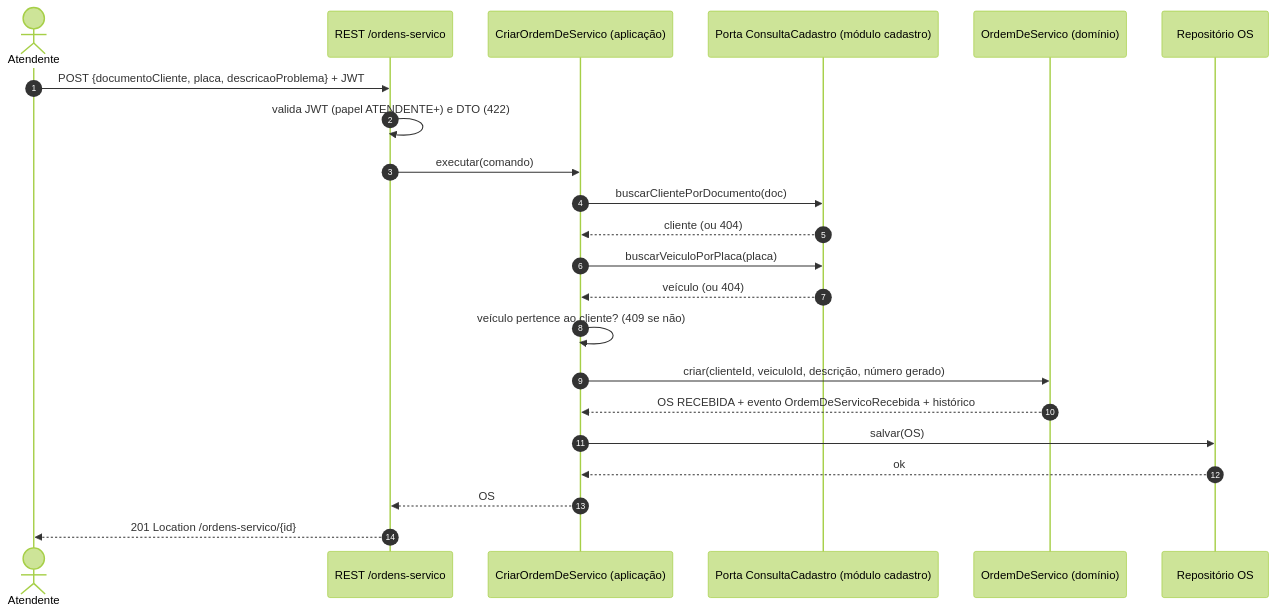
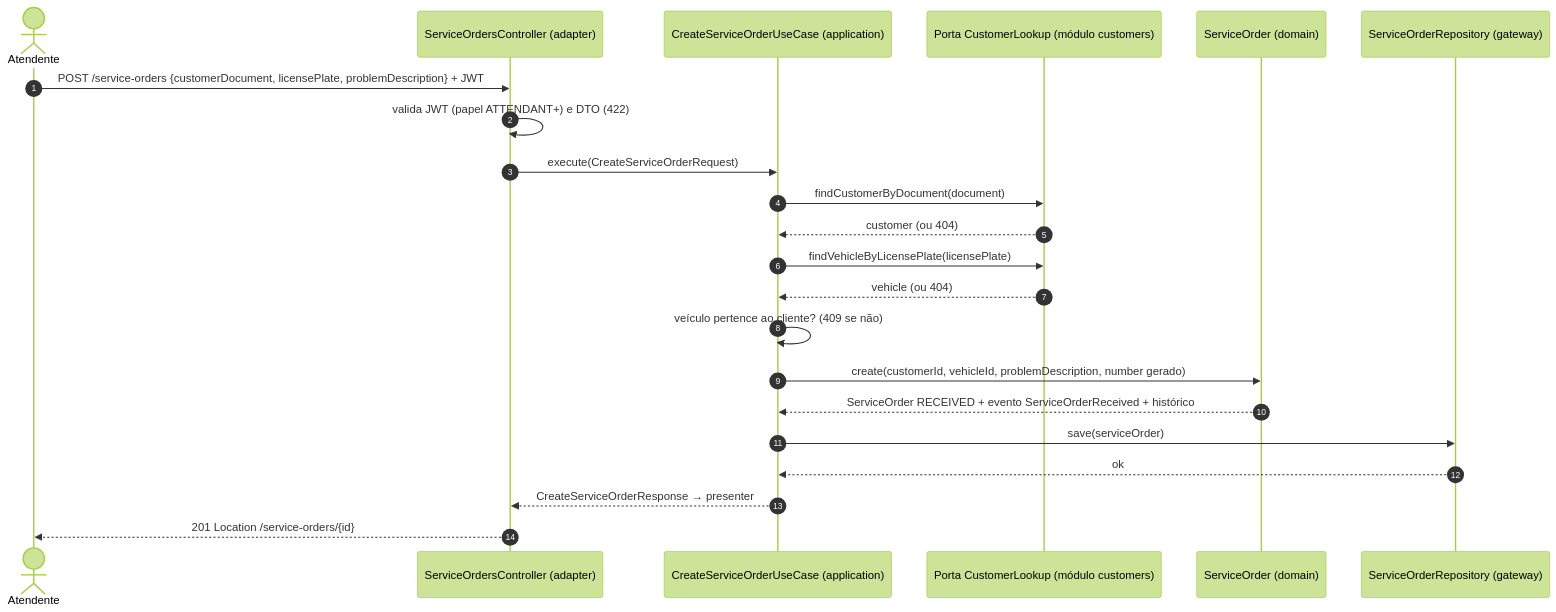
The first of 6 diagrams in docs/04-arquitetura/fluxos.md (HermandoThiago/FIAP-SOAT), drawn with Mermaid (forest theme) before and after one commit. The commit also changed other lines of this file and 42 other files, not shown here.

````diff
--- a/docs/04-arquitetura/fluxos.md
+++ b/docs/04-arquitetura/fluxos.md
@@ -7,24 +8,24 @@
 ```mermaid
 sequenceDiagram
     autonumber
     actor At as Atendente
-    participant API as REST /ordens-servico
-    participant UC as CriarOrdemDeServico (aplicação)
-    participant CAD as Porta ConsultaCadastro (módulo cadastro)
-    participant OS as OrdemDeServico (domínio)
-    participant REP as Repositório OS
-    At->>API: POST {documentoCliente, placa, descricaoProblema} + JWT
-    API->>API: valida JWT (papel ATENDENTE+) e DTO (422)
-    API->>UC: executar(comando)
-    UC->>CAD: buscarClientePorDocumento(doc)
-    CAD-->>UC: cliente (ou 404)
-    UC->>CAD: buscarVeiculoPorPlaca(placa)
-    CAD-->>UC: veículo (ou 404)
+    participant API as ServiceOrdersController (adapter)
+    participant UC as CreateServiceOrderUseCase (application)
+    participant CAD as Porta CustomerLookup (módulo customers)
+    participant OS as ServiceOrder (domain)
+    participant REP as ServiceOrderRepository (gateway)
+    At->>API: POST /service-orders {customerDocument, licensePlate, problemDescription} + JWT
+    API->>API: valida JWT (papel ATTENDANT+) e DTO (422)
+    API->>UC: execute(CreateServiceOrderRequest)
+    UC->>CAD: findCustomerByDocument(document)
+    CAD-->>UC: customer (ou 404)
+    UC->>CAD: findVehicleByLicensePlate(licensePlate)
+    CAD-->>UC: vehicle (ou 404)
     UC->>UC: veículo pertence ao cliente? (409 se não)
-    UC->>OS: criar(clienteId, veiculoId, descrição, número gerado)
-    OS-->>UC: OS RECEBIDA + evento OrdemDeServicoRecebida + histórico
-    UC->>REP: salvar(OS)
+    UC->>OS: create(customerId, vehicleId, problemDescription, number gerado)
+    OS-->>UC: ServiceOrder RECEIVED + evento ServiceOrderReceived + histórico
+    UC->>REP: save(serviceOrder)
     REP-->>UC: ok
-    UC-->>API: OS
-    API-->>At: 201 Location /ordens-servico/{id}
+    UC-->>API: CreateServiceOrderResponse → presenter
+    API-->>At: 201 Location /service-orders/{id}
 ```
````
